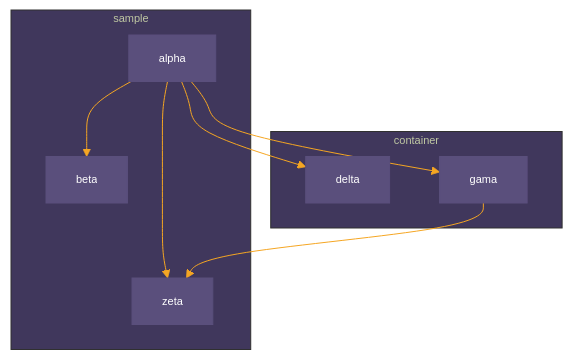
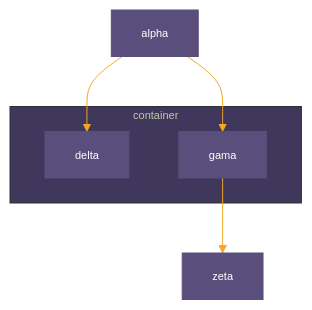
Before and after one commit to iurysza/module-graph: the diagram in sample/README.md, drawn with Mermaid. The commit also changed 4 other files, not shown here.

````diff
--- a/sample/README.md
+++ b/sample/README.md
@@ -3,24 +3,17 @@
 ```mermaid
 %%{
   init: {
     'theme': 'base',
 	'themeVariables': {"primaryTextColor":"#fff","primaryColor":"#5a4f7c","primaryBorderColor":"#5a4f7c","lineColor":"#f5a623","tertiaryColor":"#40375c","fontSize":"11px"}
   }
 }%%
 
 graph TB
-  subgraph sample
-    alpha
-    beta
-    zeta
-  end
   subgraph container
     delta
     gama
   end
-  alpha --> zeta
-  alpha --> beta
   alpha --> gama
   alpha --> delta
   gama --> zeta
 ```
````
